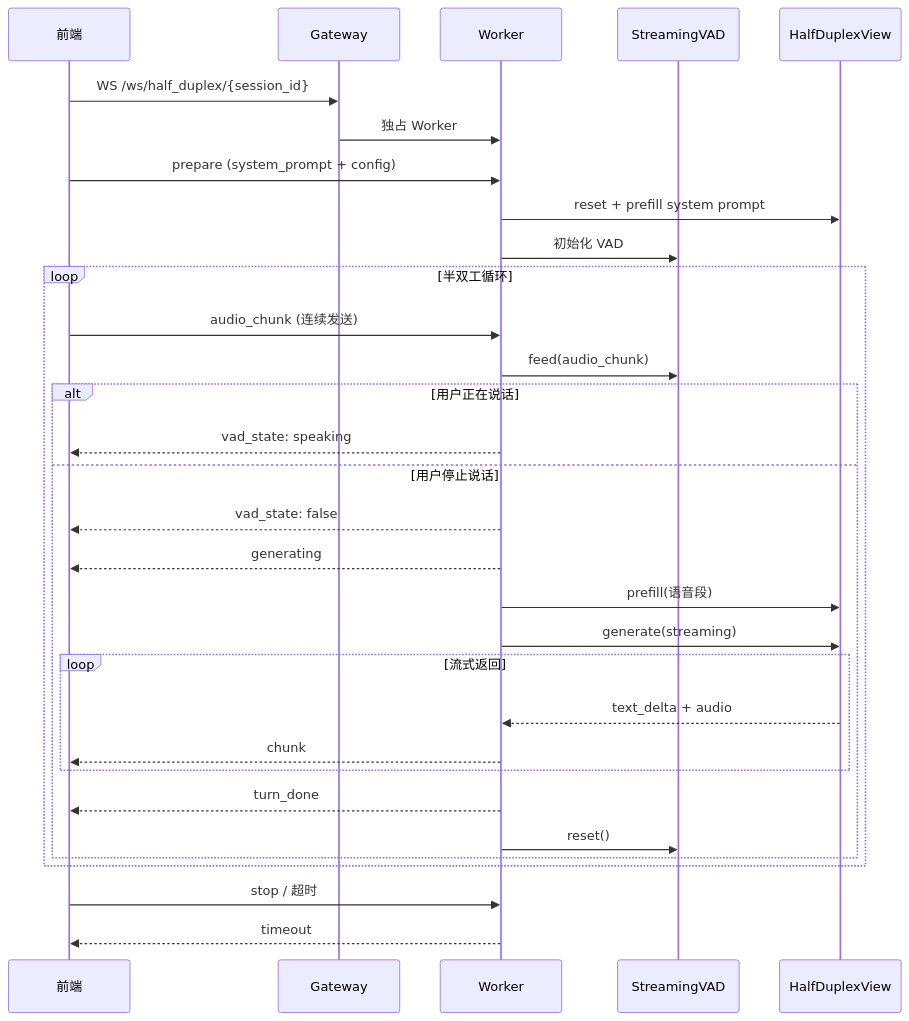
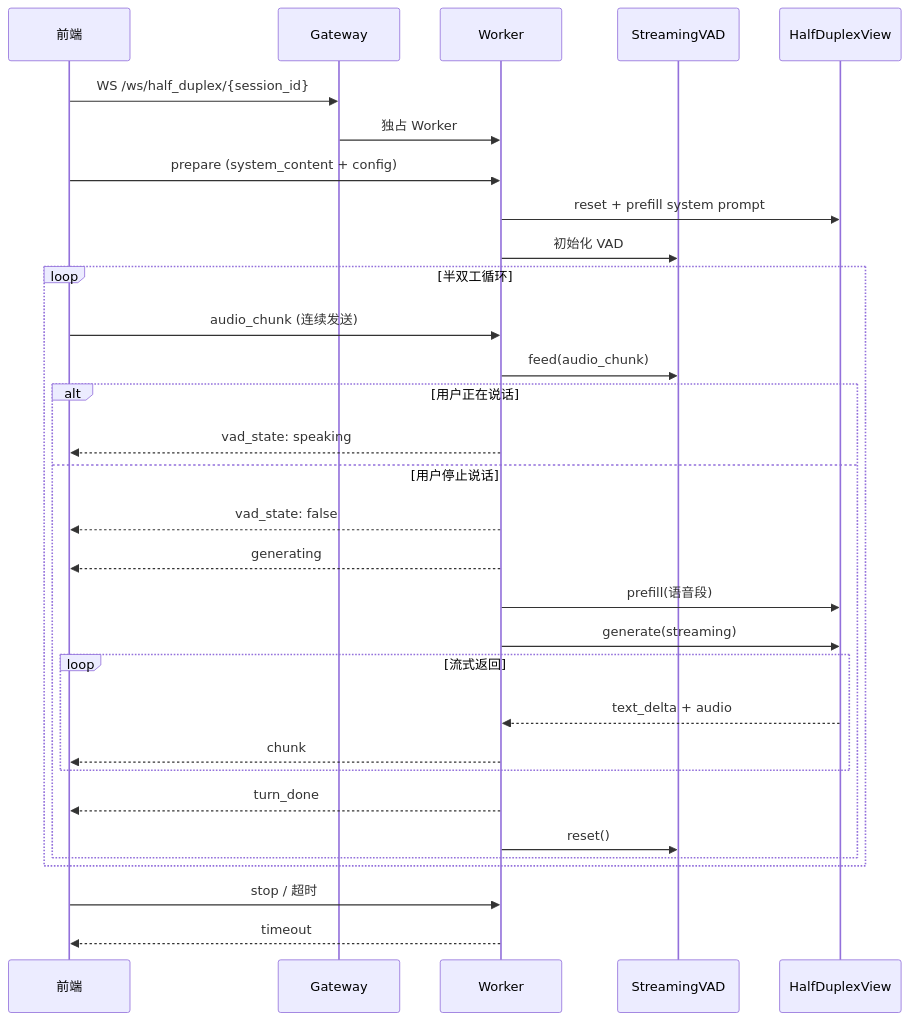
One commit to OpenBMB/minicpm-o-4_5-pytorch-simple-demo changed the second of 2 diagrams in docs/zh/architecture/half-duplex.md. Above: the diagram before and after it, drawn with Mermaid. The commit also changed other lines of this file and 3 other files, not shown here.

Commit message:
Fix half-duplex chat system preset schema

````diff
--- a/docs/zh/architecture/half-duplex.md
+++ b/docs/zh/architecture/half-duplex.md
@@ -40,36 +40,36 @@
 ```mermaid
 sequenceDiagram
     participant FE as 前端
     participant GW as Gateway
     participant WK as Worker
     participant VAD as StreamingVAD
     participant MD as HalfDuplexView
 
     FE->>GW: WS /ws/half_duplex/{session_id}
     GW->>WK: 独占 Worker
-    FE->>WK: prepare (system_prompt + config)
+    FE->>WK: prepare (system_content + config)
     WK->>MD: reset + prefill system prompt
     WK->>VAD: 初始化 VAD
 
     loop 半双工循环
         FE->>WK: audio_chunk (连续发送)
         WK->>VAD: feed(audio_chunk)
         alt 用户正在说话
             WK-->>FE: vad_state: speaking
         else 用户停止说话
             WK-->>FE: vad_state: false
             WK-->>FE: generating
             WK->>MD: prefill(语音段)
             WK->>MD: generate(streaming)
             loop 流式返回
                 MD-->>WK: text_delta + audio
                 WK-->>FE: chunk
             end
             WK-->>FE: turn_done
             WK->>VAD: reset()
         end
     end
 
     FE->>WK: stop / 超时
     WK-->>FE: timeout
 ```
````
